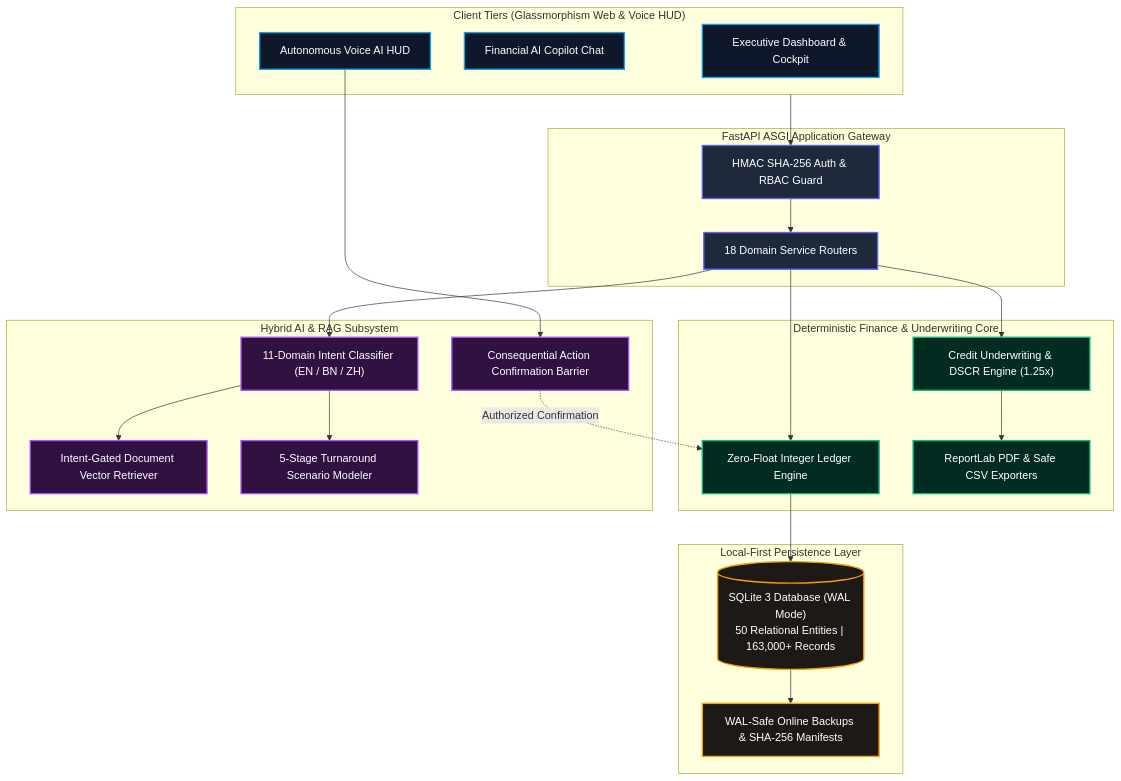
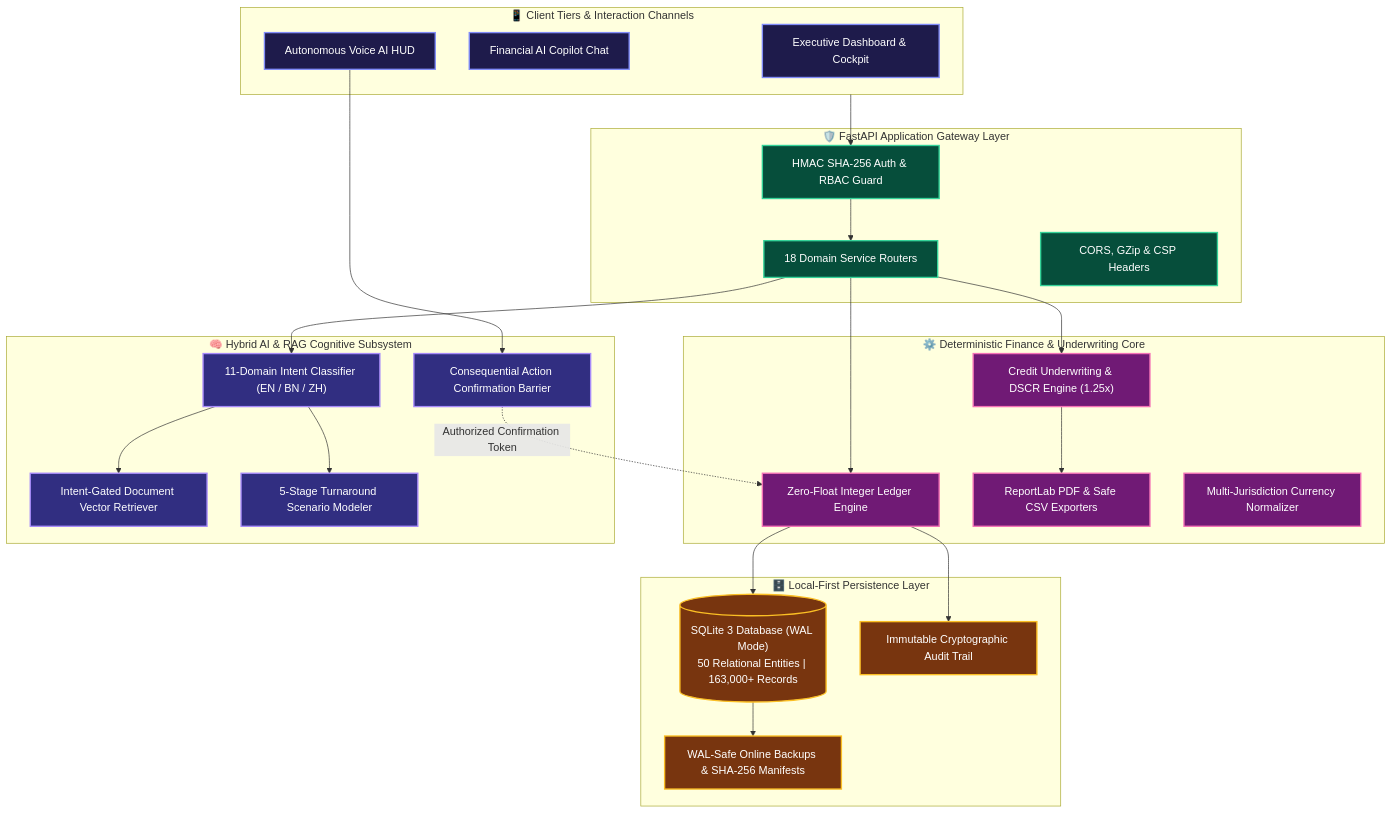
Before and after one commit to ashik123-a1/Finova-Finpilot: the first of 5 diagrams in README.md, drawn with Mermaid. The commit also changed other lines of this file, not shown here.

Commit message:
docs(readme): enlarge accordion badges, add 5 colorful architecture diagrams, and embed full directory tree directly

````diff
--- a/README.md
+++ b/README.md
@@ -321,50 +349,54 @@
 ```mermaid
 flowchart TD
-    classDef client fill:#0f172a,stroke:#0ea5e9,stroke-width:2px,color:#fff;
-    classDef gateway fill:#1e293b,stroke:#6366f1,stroke-width:2px,color:#fff;
-    classDef core fill:#022c22,stroke:#10b981,stroke-width:2px,color:#fff;
-    classDef ai fill:#311042,stroke:#a855f7,stroke-width:2px,color:#fff;
-    classDef storage fill:#1c1917,stroke:#f59e0b,stroke-width:2px,color:#fff;
+    classDef client fill:#1e1b4b,stroke:#818cf8,stroke-width:2px,color:#fff;
+    classDef gateway fill:#064e3b,stroke:#34d399,stroke-width:2px,color:#fff;
+    classDef core fill:#701a75,stroke:#f472b6,stroke-width:2px,color:#fff;
+    classDef ai fill:#312e81,stroke:#a78bfa,stroke-width:2px,color:#fff;
+    classDef storage fill:#78350f,stroke:#fbbf24,stroke-width:2px,color:#fff;
 
-    subgraph CLIENTS [" Client Tiers (Glassmorphism Web & Voice HUD) "]
+    subgraph CLIENTS [" 📱 Client Tiers & Interaction Channels "]
         UI["Executive Dashboard & Cockpit"]:::client
         COPILOT["Financial AI Copilot Chat"]:::client
         VOICE["Autonomous Voice AI HUD"]:::client
     end
 
-    subgraph GATEWAY [" FastAPI ASGI Application Gateway "]
+    subgraph GATEWAY [" 🛡️ FastAPI Application Gateway Layer "]
         AUTH["HMAC SHA-256 Auth & RBAC Guard"]:::gateway
         ROUTERS["18 Domain Service Routers"]:::gateway
+        MIDDLEWARE["CORS, GZip & CSP Headers"]:::gateway
     end
 
-    subgraph CORE [" Deterministic Finance & Underwriting Core "]
+    subgraph CORE [" ⚙️ Deterministic Finance & Underwriting Core "]
         LEDGER["Zero-Float Integer Ledger Engine"]:::core
         DSCR["Credit Underwriting & DSCR Engine (1.25x)"]:::core
         EXPORTERS["ReportLab PDF & Safe CSV Exporters"]:::core
+        CURRENCY["Multi-Jurisdiction Currency Normalizer"]:::core
     end
 
-    subgraph AI_SUBSYSTEM [" Hybrid AI & RAG Subsystem "]
+    subgraph AI_SUBSYSTEM [" 🧠 Hybrid AI & RAG Cognitive Subsystem "]
         INTENT["11-Domain Intent Classifier (EN / BN / ZH)"]:::ai
         RAG["Intent-Gated Document Vector Retriever"]:::ai
         TURNAROUND["5-Stage Turnaround Scenario Modeler"]:::ai
         BARRIER["Consequential Action Confirmation Barrier"]:::ai
     end
 
-    subgraph PERSISTENCE [" Local-First Persistence Layer "]
+    subgraph PERSISTENCE [" 🗄️ Local-First Persistence Layer "]
         DB[("SQLite 3 Database (WAL Mode)<br/>50 Relational Entities | 163,000+ Records")]:::storage
         BACKUP["WAL-Safe Online Backups & SHA-256 Manifests"]:::storage
+        AUDIT["Immutable Cryptographic Audit Trail"]:::storage
     end
 
     CLIENTS --> AUTH
     AUTH --> ROUTERS
     ROUTERS --> LEDGER
     ROUTERS --> DSCR
     ROUTERS --> INTENT
     INTENT --> RAG
     INTENT --> TURNAROUND
     VOICE --> BARRIER
-    BARRIER -.->|Authorized Confirmation| LEDGER
+    BARRIER -.->|Authorized Confirmation Token| LEDGER
     LEDGER --> DB
     DSCR --> EXPORTERS
     DB --> BACKUP
+    LEDGER --> AUDIT
 ```
````
